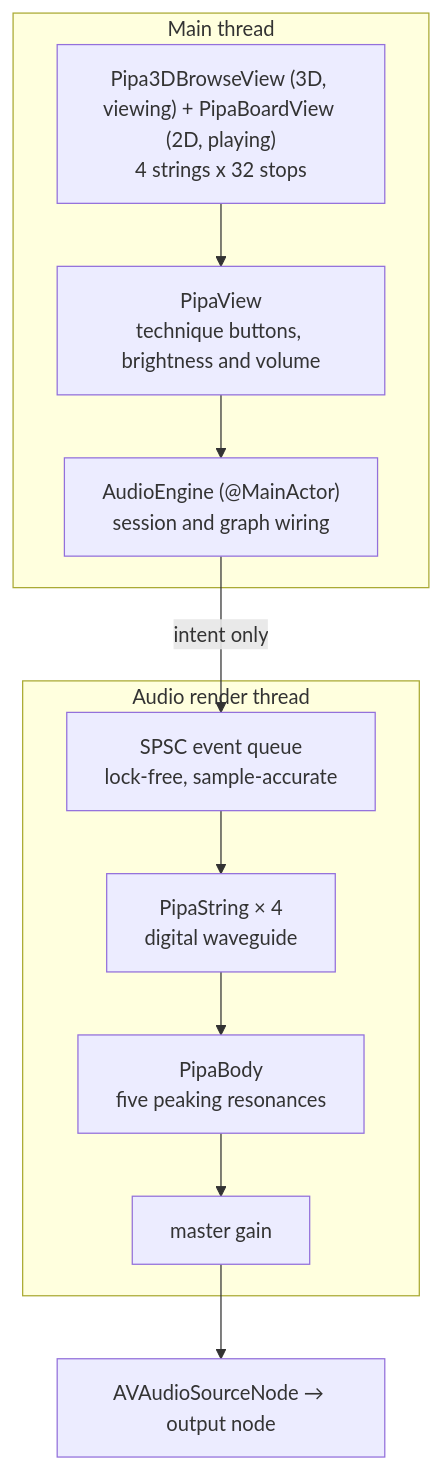
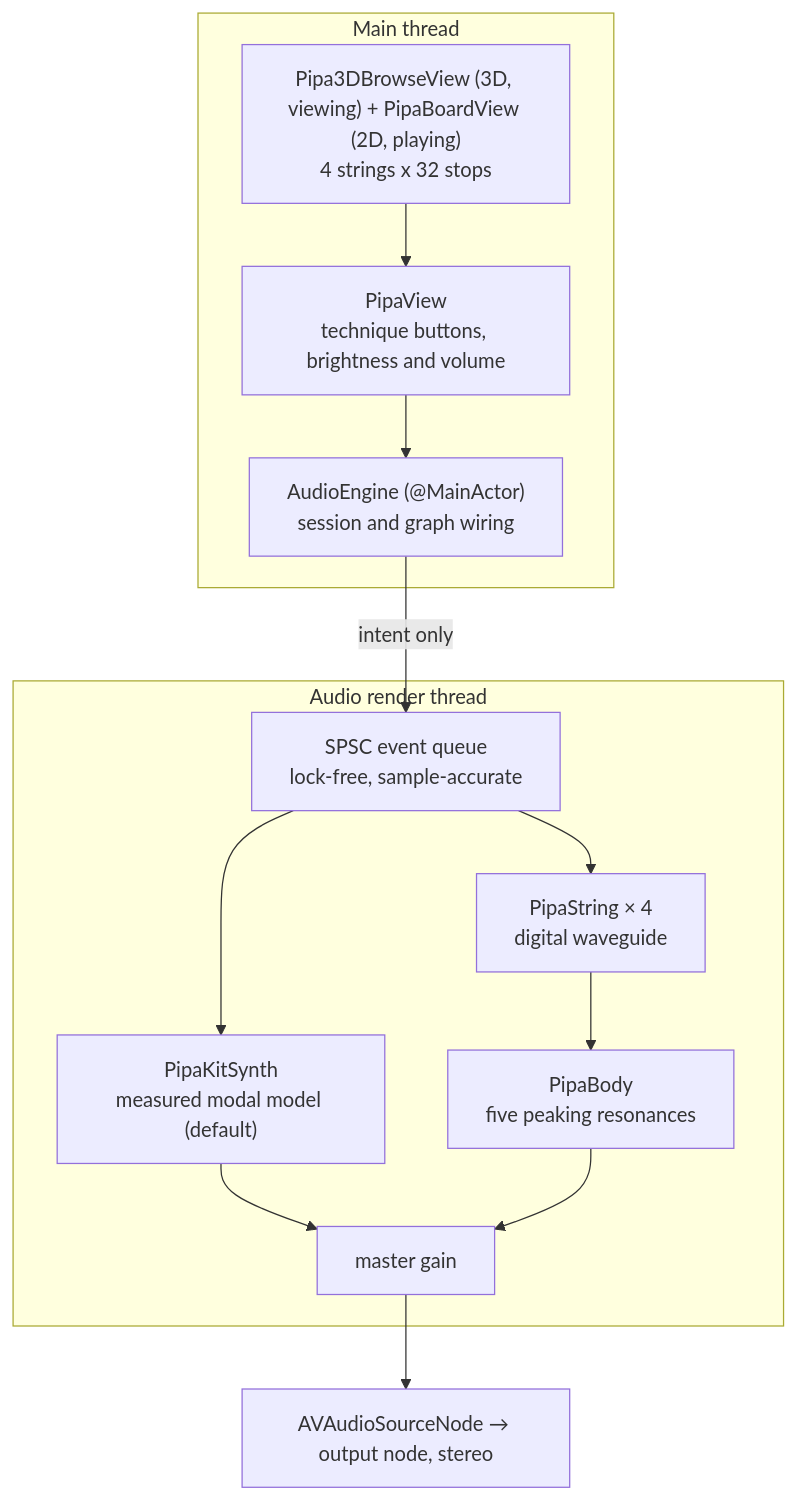
The first of 2 diagrams in README.md (ZehuiWU2009/ElectricPipa), drawn with Mermaid before and after one commit. The commit also changed other lines of this file and 32 other files, not shown here.

First line of the commit message:
Fit a measured modal voice and keep the render thread on deadline

````diff
--- a/README.md
+++ b/README.md
@@ -104,21 +113,24 @@
 ```mermaid
 flowchart TB
     subgraph MAIN ["Main thread"]
         U1["Pipa3DBrowseView (3D, viewing) + PipaBoardView (2D, playing)<br/>4 strings x 32 stops"]
         U2["PipaView<br/>technique buttons, brightness and volume"]
         U3["AudioEngine (@MainActor)<br/>session and graph wiring"]
     end
     subgraph AUDIO ["Audio render thread"]
         Q["SPSC event queue<br/>lock-free, sample-accurate"]
+        M["PipaKitSynth<br/>measured modal model (default)"]
         S1["PipaString × 4<br/>digital waveguide"]
         B["PipaBody<br/>five peaking resonances"]
         G["master gain"]
     end
     U1 --> U2
     U2 --> U3
     U3 -->|"intent only"| Q
+    Q --> M
     Q --> S1
+    M --> G
     S1 --> B
     B --> G
-    G --> OUT["AVAudioSourceNode → output node"]
+    G --> OUT["AVAudioSourceNode → output node, stereo"]
 ```
````
